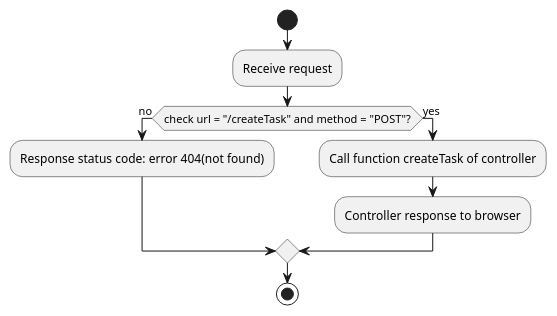
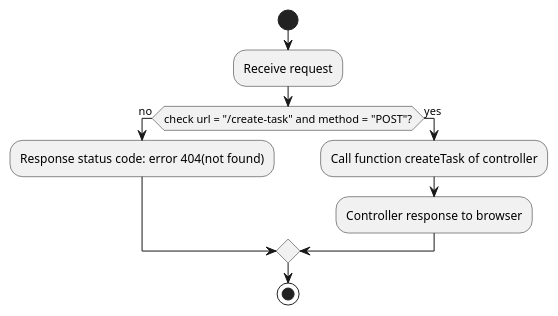
Before and after one commit to 3zard/AppToDo: the diagram in diagram/routerTodoApp.pu, drawn with PlantUML. The commit also changed 1 other file, not shown here.

Commit message:
Huy | fix api name in router diagram

```diff
--- a/diagram/routerTodoApp.pu
+++ b/diagram/routerTodoApp.pu
@@ -1,11 +1,11 @@
 @startuml diagram router createTask 
 start
 :Receive request; 
-if (check url = "/createTask" and method = "POST"?) then (no)
+if (check url = "/create-task" and method = "POST"?) then (no)
     :Response status code: error 404(not found);
 else (yes)
     :Call function createTask of controller;
     :Controller response to browser;
 endif
 stop
 @enduml
```
